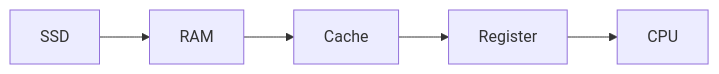
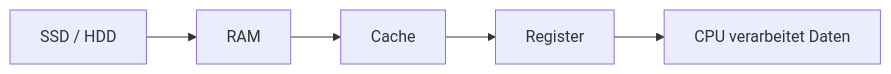
The third of 3 diagrams in notes/2026/Systemtechnik/WED/2026-03-17_Systemtechnik_WED_speicherhierarchie.md (seanconroy-dev/FIAE_Umschulung_Notes), drawn with Mermaid before and after one commit. The commit also changed other lines of this file, not shown here.

````diff
--- a/notes/2026/Systemtechnik/WED/2026-03-17_Systemtechnik_WED_speicherhierarchie.md
+++ b/notes/2026/Systemtechnik/WED/2026-03-17_Systemtechnik_WED_speicherhierarchie.md
@@ -192,7 +291,7 @@
 ```mermaid
 flowchart LR
-  A["SSD"] --> B["RAM"]
+  A["SSD / HDD"] --> B["RAM"]
   B --> C["Cache"]
   C --> D["Register"]
-  D --> E["CPU"]
+  D --> E["CPU verarbeitet Daten"]
 ```
````
